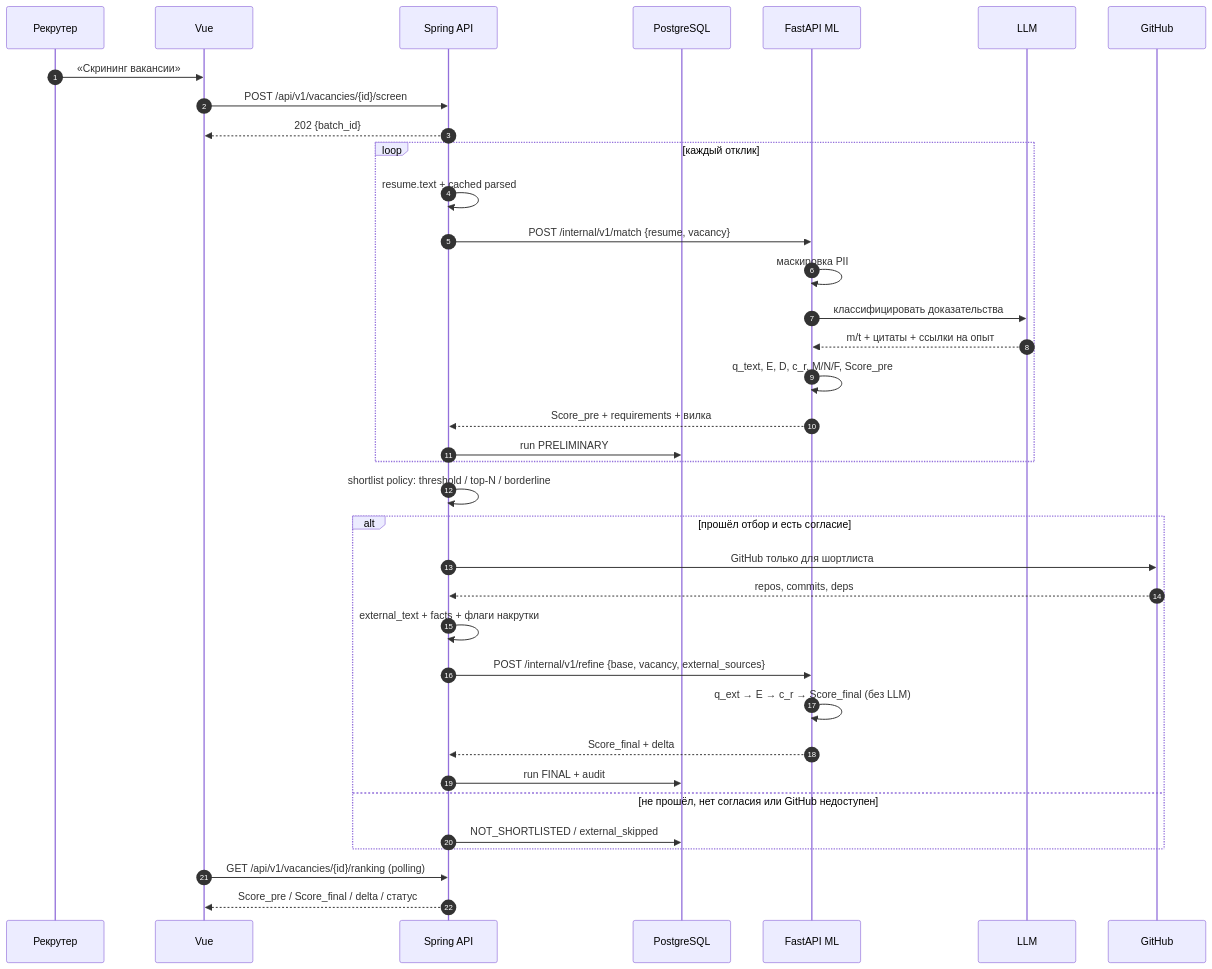
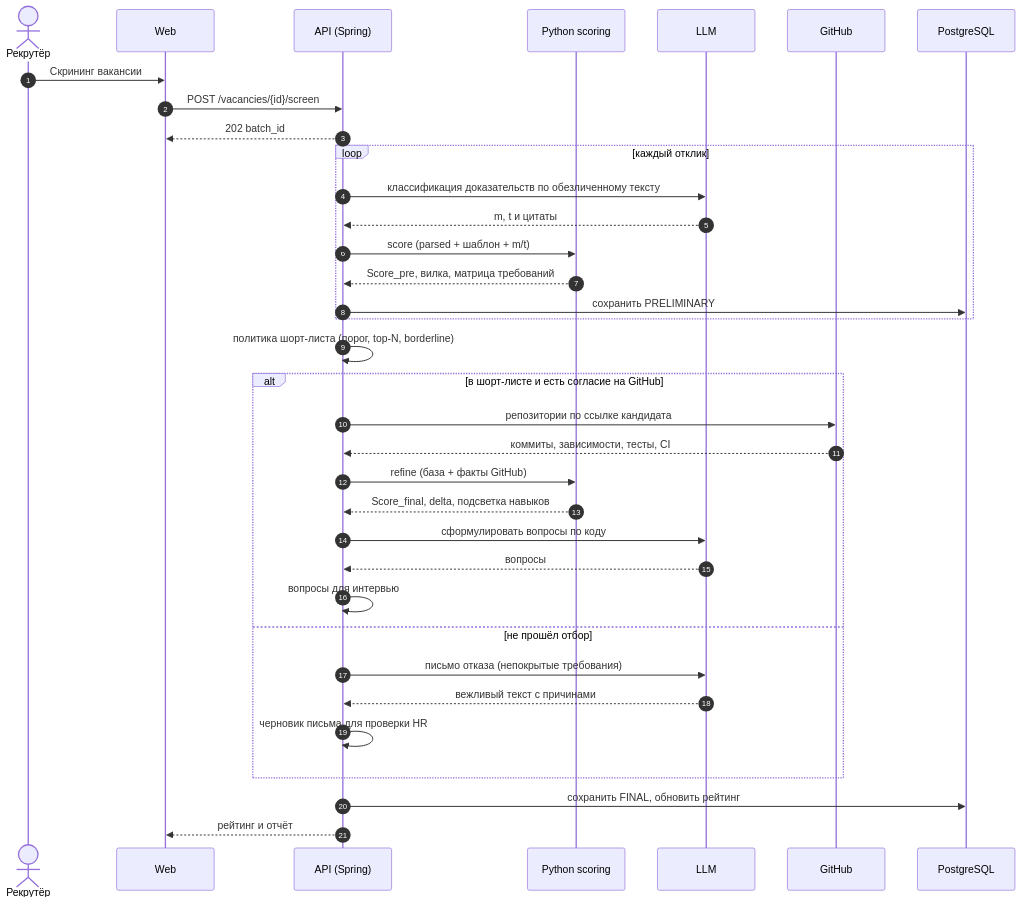
The third of 7 diagrams in README.md (MiZentUi/tracing_ats), drawn with Mermaid before and after one commit. The commit also changed other lines of this file and 9 other files, not shown here.

````diff
--- a/README.md
+++ b/README.md
@@ -305,39 +281,38 @@
 ```mermaid
 sequenceDiagram
     autonumber
-    participant U as Рекрутер
-    participant W as Vue
-    participant A as Spring API
-    participant DB as PostgreSQL
-    participant M as FastAPI ML
+    actor HR as Рекрутёр
+    participant W as Web
+    participant A as API (Spring)
+    participant P as Python scoring
     participant L as LLM
     participant G as GitHub
+    participant D as PostgreSQL
 
-    U->>W: «Скрининг вакансии»
-    W->>A: POST /api/v1/vacancies/{id}/screen
-    A-->>W: 202 {batch_id}
+    HR->>W: Скрининг вакансии
+    W->>A: POST /vacancies/{id}/screen
+    A-->>W: 202 batch_id
     loop каждый отклик
-        A->>A: resume.text + cached parsed
-        A->>M: POST /internal/v1/match {resume, vacancy}
-        M->>M: маскировка PII
-        M->>L: классифицировать доказательства
-        L-->>M: m/t + цитаты + ссылки на опыт
-        M->>M: q_text, E, D, c_r, M/N/F, Score_pre
-        M-->>A: Score_pre + requirements + вилка
-        A->>DB: run PRELIMINARY
+        A->>L: классификация доказательств по обезличенному тексту
+        L-->>A: m, t и цитаты
+        A->>P: score (parsed + шаблон + m/t)
+        P-->>A: Score_pre, вилка, матрица требований
+        A->>D: сохранить PRELIMINARY
     end
-    A->>A: shortlist policy: threshold / top-N / borderline
-    alt прошёл отбор и есть согласие
-        A->>G: GitHub только для шортлиста
-        G-->>A: repos, commits, deps
-        A->>A: external_text + facts + флаги накрутки
-        A->>M: POST /internal/v1/refine {base, vacancy, external_sources}
-        M->>M: q_ext → E → c_r → Score_final (без LLM)
-        M-->>A: Score_final + delta
-        A->>DB: run FINAL + audit
-    else не прошёл, нет согласия или GitHub недоступен
-        A->>DB: NOT_SHORTLISTED / external_skipped
+    A->>A: политика шорт-листа (порог, top-N, borderline)
+    alt в шорт-листе и есть согласие на GitHub
+        A->>G: репозитории по ссылке кандидата
+        G-->>A: коммиты, зависимости, тесты, CI
+        A->>P: refine (база + факты GitHub)
+        P-->>A: Score_final, delta, подсветка навыков
+        A->>L: сформулировать вопросы по коду
+        L-->>A: вопросы
+        A->>A: вопросы для интервью
+    else не прошёл отбор
+        A->>L: письмо отказа (непокрытые требования)
+        L-->>A: вежливый текст с причинами
+        A->>A: черновик письма для проверки HR
     end
-    W->>A: GET /api/v1/vacancies/{id}/ranking (polling)
-    A-->>W: Score_pre / Score_final / delta / статус
+    A->>D: сохранить FINAL, обновить рейтинг
+    A-->>W: рейтинг и отчёт
 ```
````
